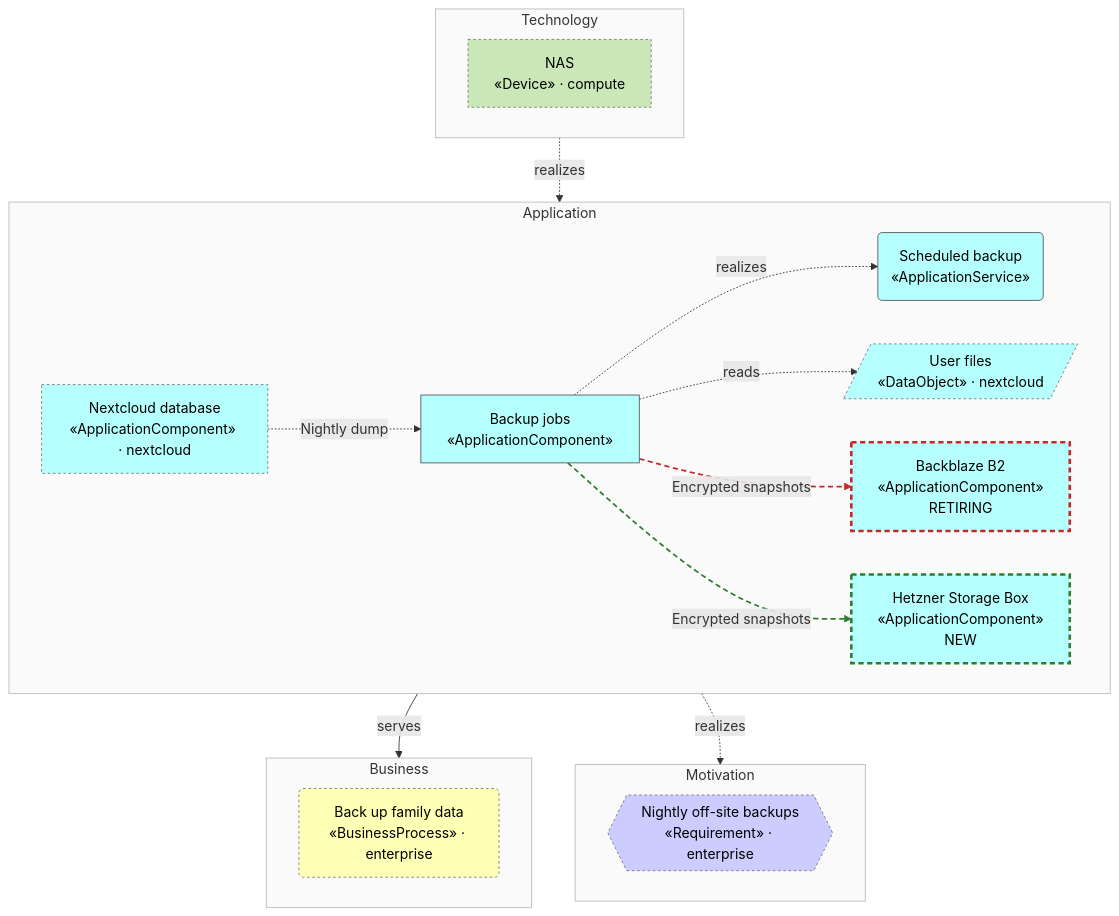
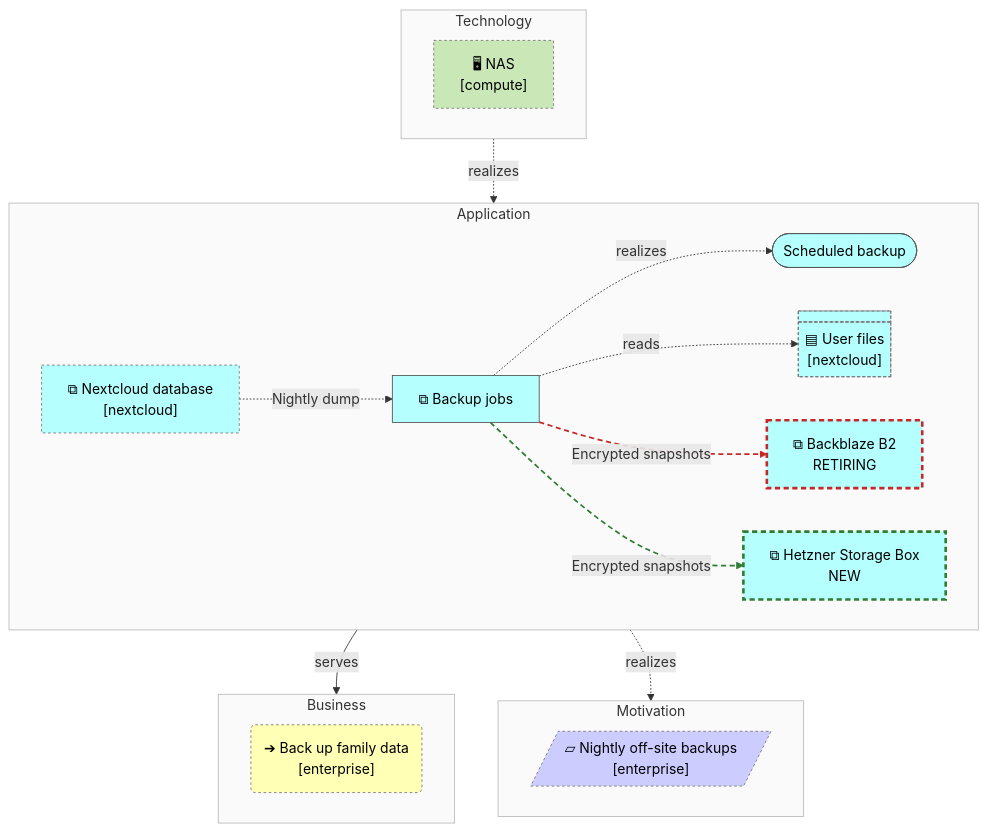
Before and after one commit to b-zig/a4m: the first of 3 diagrams in docs/backup/view-overview.md, drawn with Mermaid. The commit also changed other lines of this file and 15 other files, not shown here.

First line of the commit message:
Approximate ArchiMate notation in Mermaid flowcharts

````diff
--- a/docs/backup/view-overview.md
+++ b/docs/backup/view-overview.md
@@ -8,52 +8,52 @@
 ```mermaid
 flowchart TB
   subgraph layer_motivation["Motivation"]
     direction LR
-    enterprise__mot_req_backup{{"Nightly off-site backups<br/>«Requirement» · enterprise"}}
+    enterprise__mot_req_backup@{ shape: lean-r, label: "▱ Nightly off-site backups<br/>[enterprise]" }
   end
   subgraph layer_business["Business"]
     direction LR
-    enterprise__bus_proc_backup("Back up family data<br/>«BusinessProcess» · enterprise")
+    enterprise__bus_proc_backup@{ shape: rounded, label: "➔ Back up family data<br/>[enterprise]" }
   end
   subgraph layer_application["Application"]
     direction LR
-    app_backup["Backup jobs<br/>«ApplicationComponent»"]
-    app_svc_backup("Scheduled backup<br/>«ApplicationService»")
-    app_offsite_b2["Backblaze B2<br/>«ApplicationComponent»<br/>RETIRING"]
-    app_offsite_hetzner["Hetzner Storage Box<br/>«ApplicationComponent»<br/>NEW"]
-    nextcloud__app_data_files[/"User files<br/>«DataObject» · nextcloud"/]
-    nextcloud__app_nextcloud_db["Nextcloud database<br/>«ApplicationComponent» · nextcloud"]
+    app_backup@{ shape: rect, label: "⧉ Backup jobs" }
+    app_svc_backup@{ shape: stadium, label: "Scheduled backup" }
+    app_offsite_b2@{ shape: rect, label: "⧉ Backblaze B2<br/>RETIRING" }
+    app_offsite_hetzner@{ shape: rect, label: "⧉ Hetzner Storage Box<br/>NEW" }
+    nextcloud__app_data_files@{ shape: div-rect, label: "▤ User files<br/>[nextcloud]" }
+    nextcloud__app_nextcloud_db@{ shape: rect, label: "⧉ Nextcloud database<br/>[nextcloud]" }
   end
   subgraph layer_technology["Technology"]
     direction LR
-    compute__tech_nas["NAS<br/>«Device» · compute"]
+    compute__tech_nas@{ shape: rect, label: "🖥 NAS<br/>[compute]" }
   end
   app_backup -.->|"realizes"| app_svc_backup
   app_svc_backup -->|"serves"| enterprise__bus_proc_backup
   app_backup -.->|"realizes"| enterprise__mot_req_backup
   compute__tech_nas -.->|"realizes"| app_backup
   app_backup -.->|"reads"| nextcloud__app_data_files
   nextcloud__app_nextcloud_db -.->|"Nightly dump"| app_backup
   app_backup -.->|"Encrypted snapshots"| app_offsite_b2
   app_backup -.->|"Encrypted snapshots"| app_offsite_hetzner
   classDef motivation fill:#CCCCFF,stroke:#555,color:#000
   class enterprise__mot_req_backup motivation
   style layer_motivation fill:#fafafa,stroke:#bbb
   classDef business fill:#FFFFB5,stroke:#555,color:#000
   class enterprise__bus_proc_backup business
   style layer_business fill:#fafafa,stroke:#bbb
   classDef application fill:#B5FFFF,stroke:#555,color:#000
   class app_backup,app_svc_backup,app_offsite_b2,app_offsite_hetzner,nextcloud__app_data_files,nextcloud__app_nextcloud_db application
   style layer_application fill:#fafafa,stroke:#bbb
   classDef technology fill:#C9E7B7,stroke:#555,color:#000
   class compute__tech_nas technology
   style layer_technology fill:#fafafa,stroke:#bbb
   classDef foreign stroke:#777,stroke-dasharray:3 3
   class compute__tech_nas,enterprise__bus_proc_backup,enterprise__mot_req_backup,nextcloud__app_data_files,nextcloud__app_nextcloud_db foreign
   classDef st_new stroke:#2e7d32,stroke-width:3px,stroke-dasharray:6 4
   class app_offsite_hetzner st_new
   classDef st_retiring stroke:#c62828,stroke-width:3px,stroke-dasharray:6 4
   class app_offsite_b2 st_retiring
   linkStyle 6 stroke:#c62828,stroke-width:2px,stroke-dasharray:6 4
   linkStyle 7 stroke:#2e7d32,stroke-width:2px,stroke-dasharray:6 4
 ```
````
